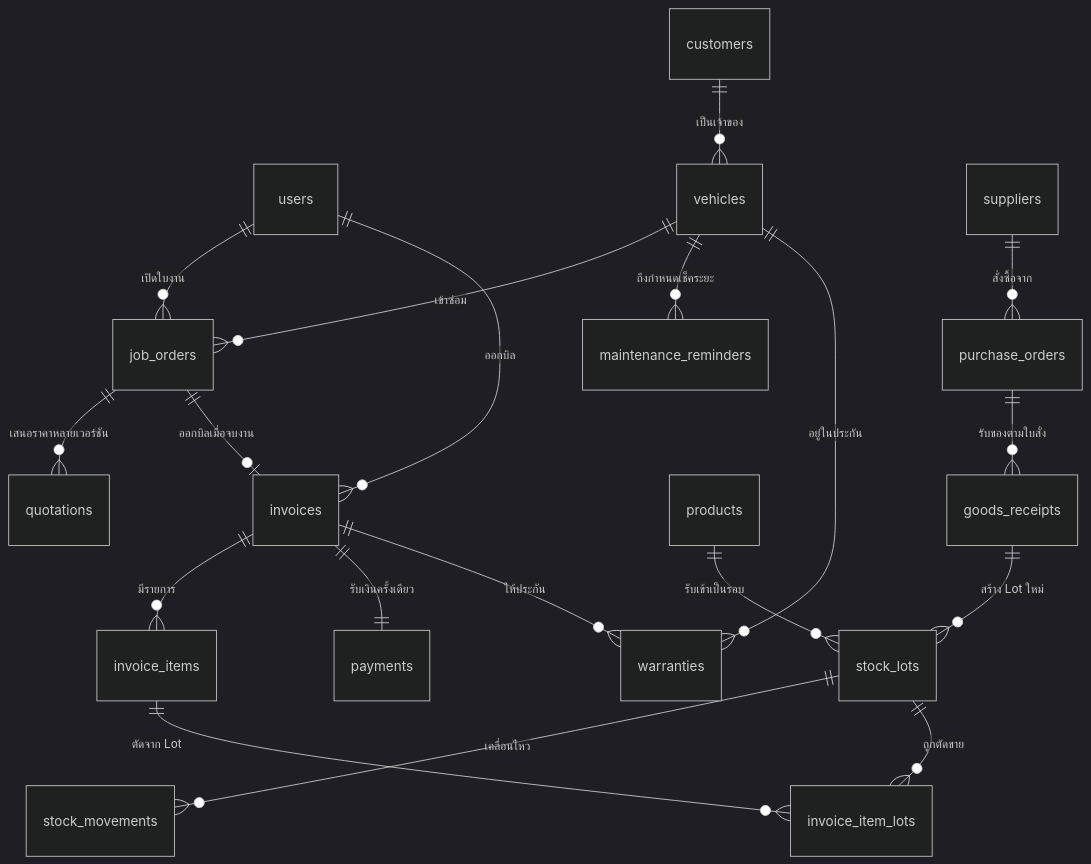
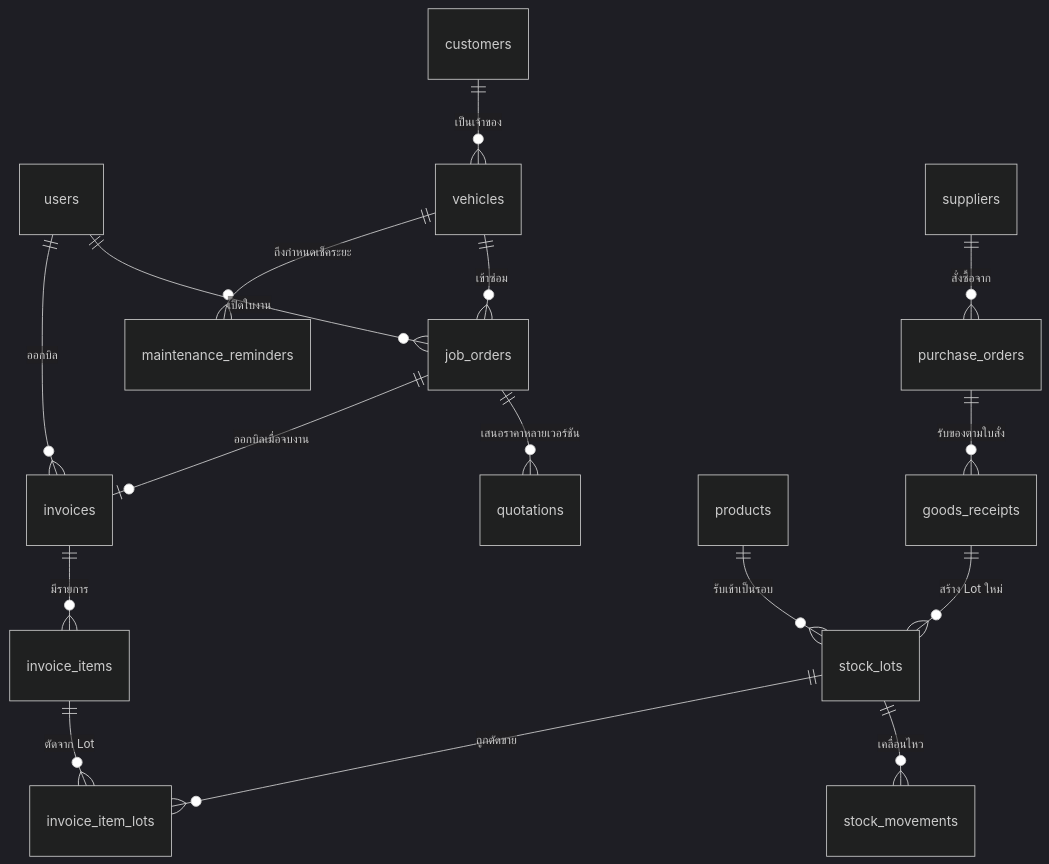
One commit to kaewjamsai0193/Garage_Final_Project changed the first of 8 diagrams in data_model.md. Above: the diagram before and after it, drawn with Mermaid (dark theme). The commit also changed other lines of this file, not shown here.

````diff
--- a/data_model.md
+++ b/data_model.md
@@ -13,27 +13,24 @@
 ```mermaid
 erDiagram
     users ||--o{ job_orders : "เปิดใบงาน"
     users ||--o{ invoices : "ออกบิล"
 
     customers ||--o{ vehicles : "เป็นเจ้าของ"
     vehicles ||--o{ job_orders : "เข้าซ่อม"
 
     job_orders ||--o{ quotations : "เสนอราคาหลายเวอร์ชัน"
     job_orders ||--o| invoices : "ออกบิลเมื่อจบงาน"
 
     products ||--o{ stock_lots : "รับเข้าเป็นรอบ"
     stock_lots ||--o{ stock_movements : "เคลื่อนไหว"
     stock_lots ||--o{ invoice_item_lots : "ถูกตัดขาย"
 
     suppliers ||--o{ purchase_orders : "สั่งซื้อจาก"
     purchase_orders ||--o{ goods_receipts : "รับของตามใบสั่ง"
     goods_receipts ||--o{ stock_lots : "สร้าง Lot ใหม่"
 
     invoices ||--o{ invoice_items : "มีรายการ"
     invoice_items ||--o{ invoice_item_lots : "ตัดจาก Lot"
-    invoices ||--|| payments : "รับเงินครั้งเดียว"
-    invoices ||--o{ warranties : "ให้ประกัน"
 
     vehicles ||--o{ maintenance_reminders : "ถึงกำหนดเช็คระยะ"
-    vehicles ||--o{ warranties : "อยู่ในประกัน"
 ```
````
